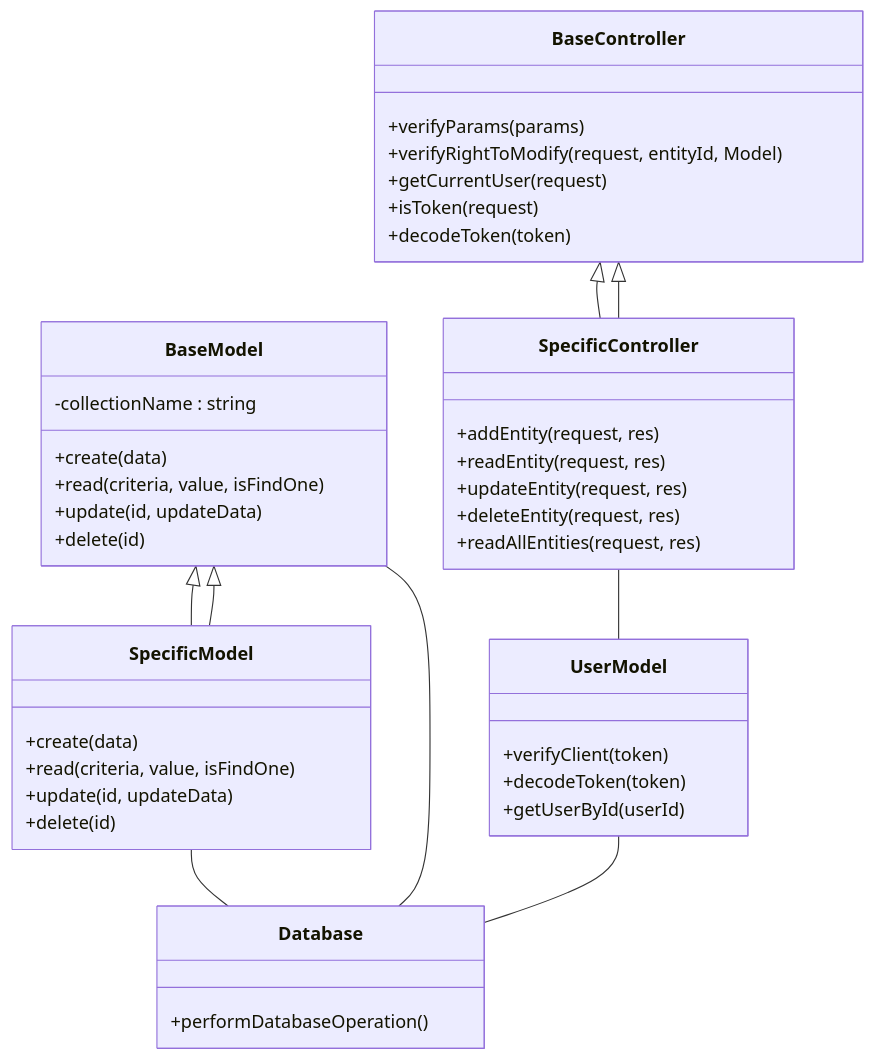
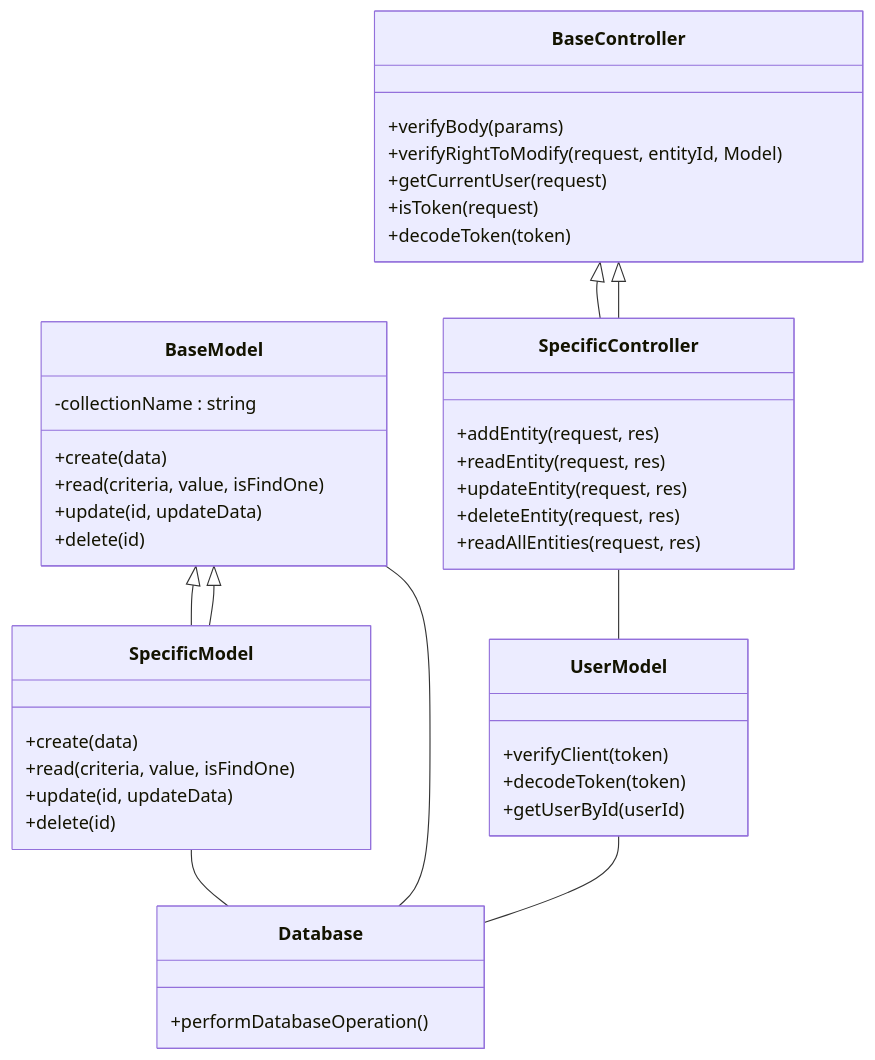
Before and after one commit to SawatKia/WealthTracking: the diagram in design/Classes/Classes.mmd, drawn with Mermaid. The commit also changed 4 other files, not shown here.

Commit message:
changwording from params to body

```diff
--- a/design/Classes/Classes.mmd
+++ b/design/Classes/Classes.mmd
@@ -1,51 +1,51 @@
 classDiagram
     BaseController <|-- SpecificController
     BaseModel <|-- SpecificModel
     
     class BaseController {
-        +verifyParams(params)
+        +verifyBody(params)
         +verifyRightToModify(request, entityId, Model)
         +getCurrentUser(request)
         +isToken(request)
         +decodeToken(token)
     }
 
     class SpecificController {
         +addEntity(request, res)
         +readEntity(request, res)
         +updateEntity(request, res)
         +deleteEntity(request, res)
         +readAllEntities(request, res)
     }
 
     class BaseModel {
         -collectionName : string
         +create(data)
         +read(criteria, value, isFindOne)
         +update(id, updateData)
         +delete(id)
     }
 
     class SpecificModel {
         +create(data)
         +read(criteria, value, isFindOne)
         +update(id, updateData)
         +delete(id)
     }
 
     class UserModel {
         +verifyClient(token)
         +decodeToken(token)
         +getUserById(userId)
     }
 
     class Database {
         +performDatabaseOperation()
     }
     
     SpecificController --|> BaseController
     SpecificModel --|> BaseModel
     SpecificController -- UserModel
     SpecificModel -- Database
     BaseModel -- Database
     UserModel -- Database
```
